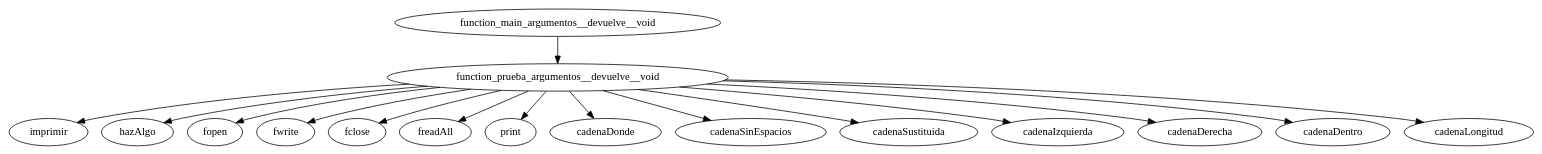
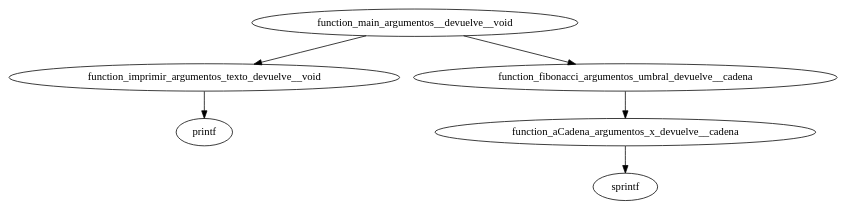
Before and after one commit to Diego77Blaze/gramaticaspl3: the diagram in DiagramaLlamadas.dot, drawn with Graphviz. The commit also changed 10 other files, not shown here.

Commit message:
finalizado exportacion por comandos y creacion de diagramas de llamadas a funcion, a finalizar solo complejidad ciclomatica

```diff
--- a/DiagramaLlamadas.dot
+++ b/DiagramaLlamadas.dot
@@ -1,18 +1,8 @@
 digraph main{
 
-function_main_argumentos__devuelve__void->function_prueba_argumentos__devuelve__void->imprimir
-function_prueba_argumentos__devuelve__void->hazAlgo
-function_prueba_argumentos__devuelve__void->fopen
-function_prueba_argumentos__devuelve__void->fwrite
-function_prueba_argumentos__devuelve__void->fclose
-function_prueba_argumentos__devuelve__void->freadAll
-function_prueba_argumentos__devuelve__void->print
-function_prueba_argumentos__devuelve__void->cadenaDonde
-function_prueba_argumentos__devuelve__void->cadenaSinEspacios
-function_prueba_argumentos__devuelve__void->cadenaSustituida
-function_prueba_argumentos__devuelve__void->cadenaIzquierda
-function_prueba_argumentos__devuelve__void->cadenaDerecha
-function_prueba_argumentos__devuelve__void->cadenaDentro
-function_prueba_argumentos__devuelve__void->cadenaLongitud
+function_main_argumentos__devuelve__void->function_imprimir_argumentos_texto_devuelve__void->printf
+
+function_main_argumentos__devuelve__void->function_fibonacci_argumentos_umbral_devuelve__cadena->function_aCadena_argumentos_x_devuelve__cadena->sprintf
+
 
 }
```
